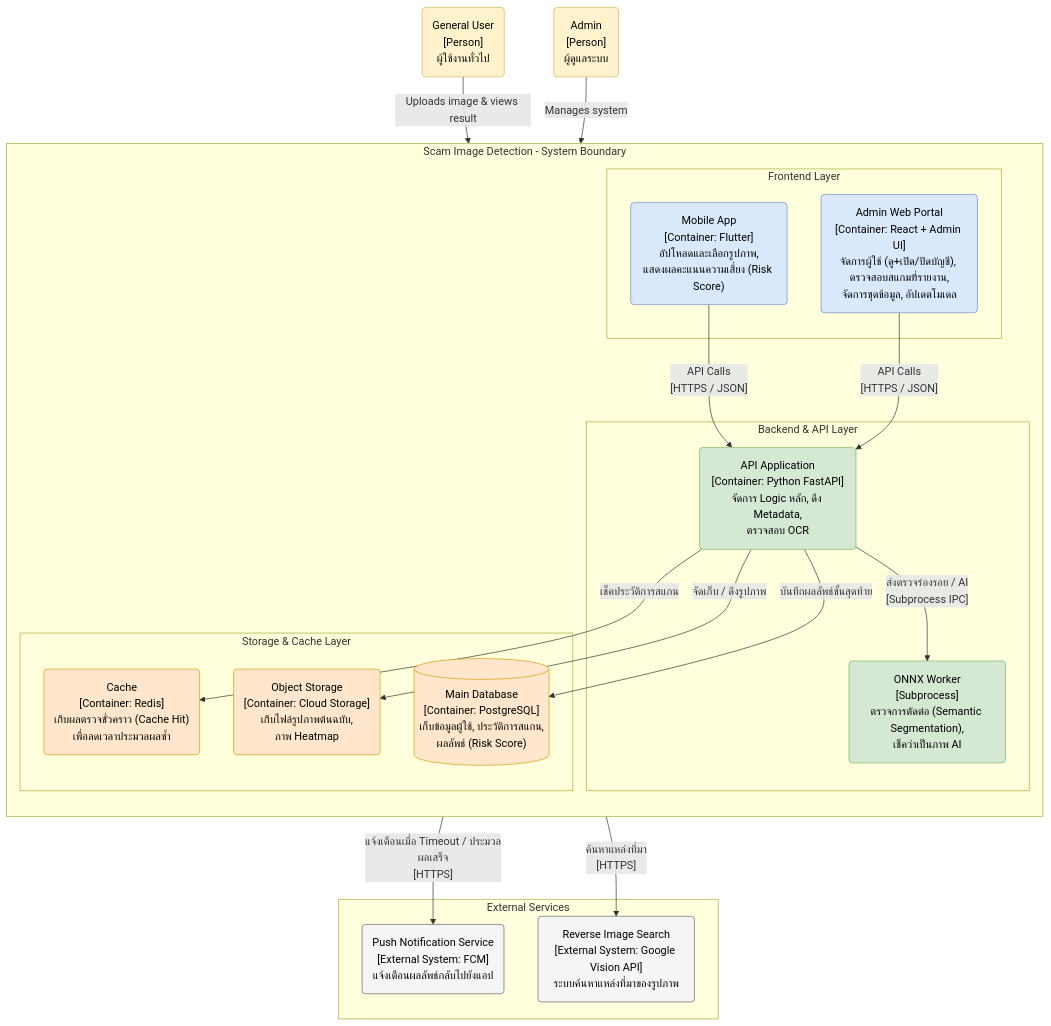
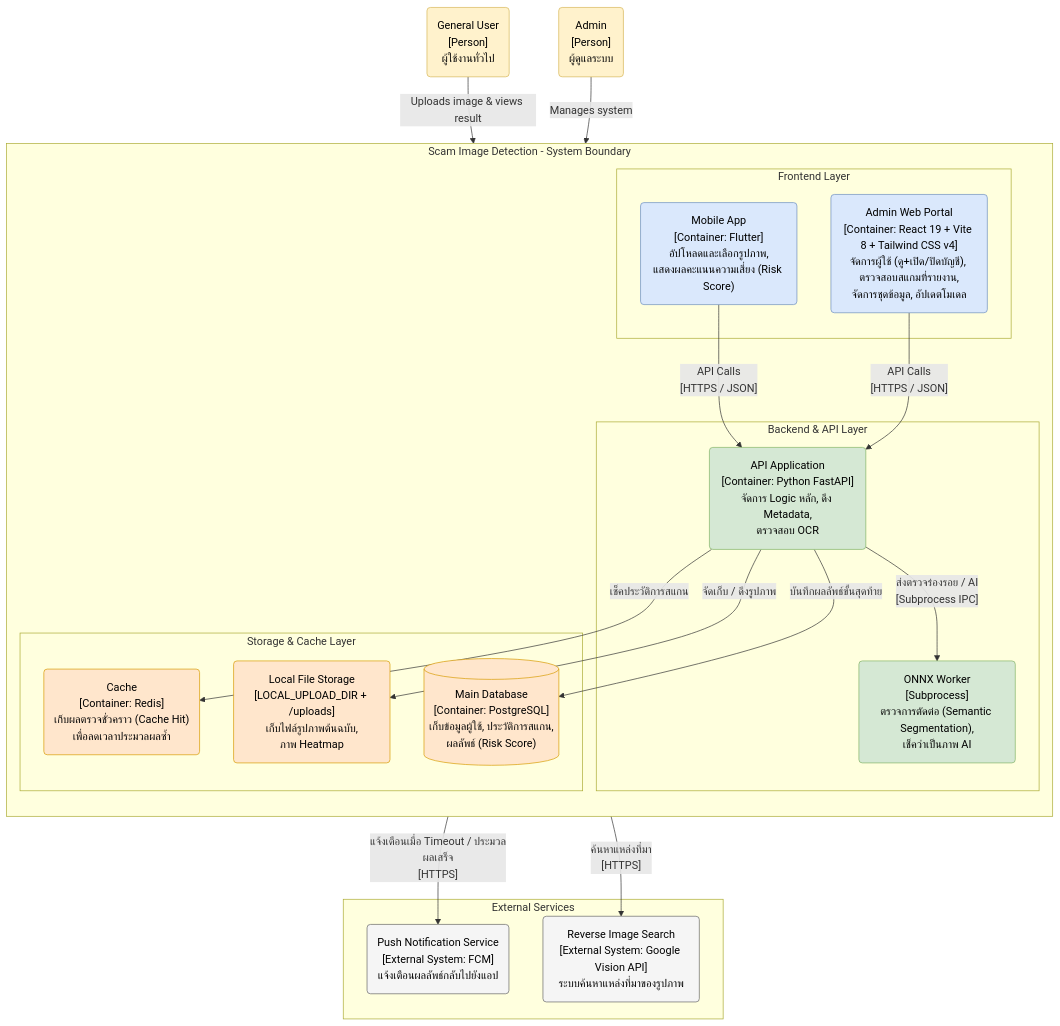
Before and after one commit to Panuwat-ta/project: the diagram in web-ScamGuard/sources/wiki/architecture/c2-container-diagram.md, drawn with Mermaid. The commit also changed other lines of this file and 143 other files, not shown here.

First line of the commit message:
Update traceability matrix, use case diagram, and test cases documentation

````diff
--- a/web-ScamGuard/sources/wiki/architecture/c2-container-diagram.md
+++ b/web-ScamGuard/sources/wiki/architecture/c2-container-diagram.md
@@ -11,62 +11,62 @@
 ```mermaid
 flowchart TB
     %% การตั้งค่า Class สีต่างๆ
     classDef userFill fill:#fff2cc,stroke:#d6b656,color:black
     classDef clientFill fill:#dae8fc,stroke:#6c8ebf,color:black
     classDef backendFill fill:#d5e8d4,stroke:#82b366,color:black
     classDef storageFill fill:#ffe6cc,stroke:#d79b00,color:black
     classDef extFill fill:#f5f5f5,stroke:#666666,color:black
 
     %% Actors Boundary
     User("General User<br>[Person]<br>ผู้ใช้งานทั่วไป")
     Admin("Admin<br>[Person]<br>ผู้ดูแลระบบ")
 
     %% System Boundary
     subgraph ScamSystem [Scam Image Detection - System Boundary]
         direction TB
 
         subgraph Frontends [Frontend Layer]
             MobileApp("Mobile App<br>[Container: Flutter]<br>อัปโหลดและเลือกรูปภาพ,<br>แสดงผลคะแนนความเสี่ยง (Risk Score)")
-            AdminPortal("Admin Web Portal<br>[Container: React + Admin UI]<br>จัดการผู้ใช้ (ดู+เปิด/ปิดบัญชี), ตรวจสอบสแกมที่รายงาน,<br>จัดการชุดข้อมูล, อัปเดตโมเดล")
+            AdminPortal("Admin Web Portal<br>[Container: React 19 + Vite 8 + Tailwind CSS v4]<br>จัดการผู้ใช้ (ดู+เปิด/ปิดบัญชี), ตรวจสอบสแกมที่รายงาน,<br>จัดการชุดข้อมูล, อัปเดตโมเดล")
         end
 
         subgraph Backends [Backend & API Layer]
             APIGateway("API Application<br>[Container: Python FastAPI]<br>จัดการ Logic หลัก, ดึง Metadata,<br>ตรวจสอบ OCR")
             AIInference("ONNX Worker<br>[Subprocess]<br>ตรวจการตัดต่อ (Semantic Segmentation),<br>เช็คว่าเป็นภาพ AI")
         end
 
         subgraph Storages [Storage & Cache Layer]
             Cache("Cache<br>[Container: Redis]<br>เก็บผลตรวจชั่วคราว (Cache Hit)<br>เพื่อลดเวลาประมวลผลซ้ำ")
-            ObjectStore("Object Storage<br>[Container: Cloud Storage]<br>เก็บไฟล์รูปภาพต้นฉบับ,<br>ภาพ Heatmap")
+            ObjectStore("Local File Storage<br>[LOCAL_UPLOAD_DIR + /uploads]<br>เก็บไฟล์รูปภาพต้นฉบับ,<br>ภาพ Heatmap")
             MainDB[("Main Database<br>[Container: PostgreSQL]<br>เก็บข้อมูลผู้ใช้, ประวัติการสแกน,<br>ผลลัพธ์ (Risk Score)")]
         end
     end
 
     %% External Systems Boundary
     subgraph Externals [External Services]
         PushService("Push Notification Service<br>[External System: FCM]<br>แจ้งเตือนผลลัพธ์กลับไปยังแอป")
         ReverseSearch("Reverse Image Search<br>[External System: Google Vision API]<br>ระบบค้นหาแหล่งที่มาของรูปภาพ")
     end
 
     %% Relationships / Associations
     User -- "Uploads image & views result" --> MobileApp
     Admin -- "Manages system" --> AdminPortal
 
     MobileApp -- "API Calls<br>[HTTPS / JSON]" --> APIGateway
     AdminPortal -- "API Calls<br>[HTTPS / JSON]" --> APIGateway
 
     APIGateway -- "เช็คประวัติการสแกน" --> Cache
     APIGateway -- "ส่งตรวจร่องรอย / AI<br>[Subprocess IPC]" --> AIInference
     APIGateway -- "จัดเก็บ / ดึงรูปภาพ" --> ObjectStore
     APIGateway -- "บันทึกผลลัพธ์ขั้นสุดท้าย" --> MainDB
     
     APIGateway -- "แจ้งเตือนเมื่อ Timeout / ประมวลผลเสร็จ<br>[HTTPS]" --> PushService
     APIGateway -- "ค้นหาแหล่งที่มา<br>[HTTPS]" --> ReverseSearch
 
     %% Apply Styles
     class User,Admin userFill
     class MobileApp,AdminPortal clientFill
     class APIGateway,AIInference backendFill
     class Cache,ObjectStore,MainDB storageFill
     class PushService,ReverseSearch extFill
 ```
````
